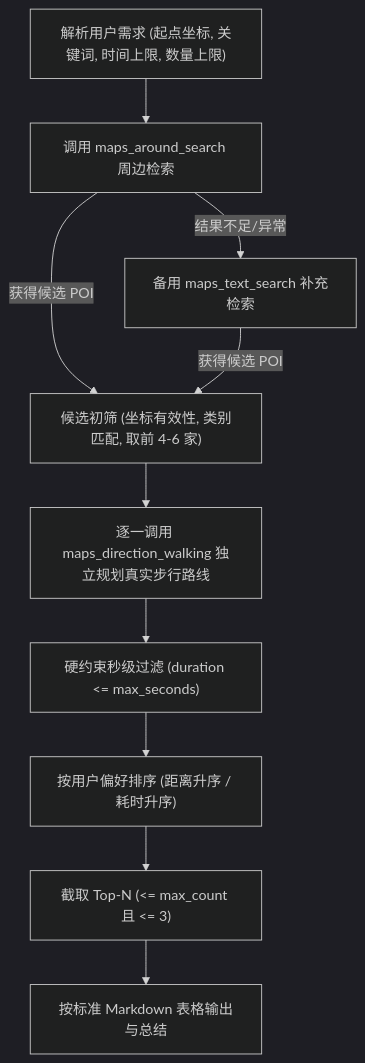
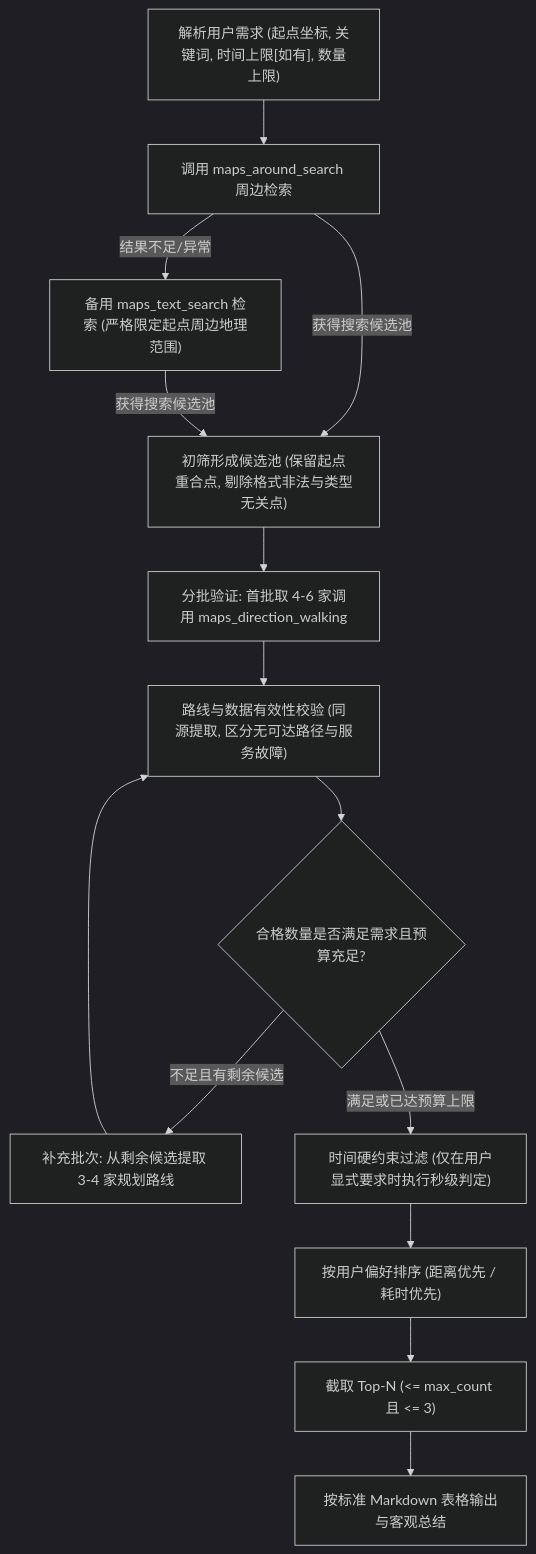
Before and after one commit to chaoyisn/PowerContext: the diagram in gaode/SKILL.md, drawn with Mermaid (dark theme). The commit also changed other lines of this file, not shown here.

````diff
--- a/gaode/SKILL.md
+++ b/gaode/SKILL.md
@@ -42,12 +42,16 @@
 ```mermaid
 flowchart TD
-    A["解析用户需求 (起点坐标, 关键词, 时间上限, 数量上限)"] --> B["调用 maps_around_search 周边检索"]
-    B -->|结果不足/异常| C["备用 maps_text_search 补充检索"]
-    B -->|获得候选 POI| D["候选初筛 (坐标有效性, 类别匹配, 取前 4-6 家)"]
-    C -->|获得候选 POI| D
-    D --> E["逐一调用 maps_direction_walking 独立规划真实步行路线"]
-    E --> F["硬约束秒级过滤 (duration <= max_seconds)"]
-    F --> G["按用户偏好排序 (距离升序 / 耗时升序)"]
-    G --> H["截取 Top-N (<= max_count 且 <= 3)"]
-    H --> I["按标准 Markdown 表格输出与总结"]
+    A["解析用户需求 (起点坐标, 关键词, 时间上限[如有], 数量上限)"] --> B["调用 maps_around_search 周边检索"]
+    B -->|结果不足/异常| C["备用 maps_text_search 检索 (严格限定起点周边地理范围)"]
+    B -->|获得搜索候选池| D["初筛形成候选池 (保留起点重合点, 剔除格式非法与类型无关点)"]
+    C -->|获得搜索候选池| D
+    D --> E["分批验证: 首批取 4-6 家调用 maps_direction_walking"]
+    E --> F["路线与数据有效性校验 (同源提取, 区分无可达路径与服务故障)"]
+    F --> G{"合格数量是否满足需求且预算充足?"}
+    G -->|不足且有剩余候选| E2["补充批次: 从剩余候选提取 3-4 家规划路线"]
+    E2 --> F
+    G -->|满足或已达预算上限| H["时间硬约束过滤 (仅在用户显式要求时执行秒级判定)"]
+    H --> I["按用户偏好排序 (距离优先 / 耗时优先)"]
+    I --> J["截取 Top-N (<= max_count 且 <= 3)"]
+    J --> K["按标准 Markdown 表格输出与客观总结"]
 ```
````
